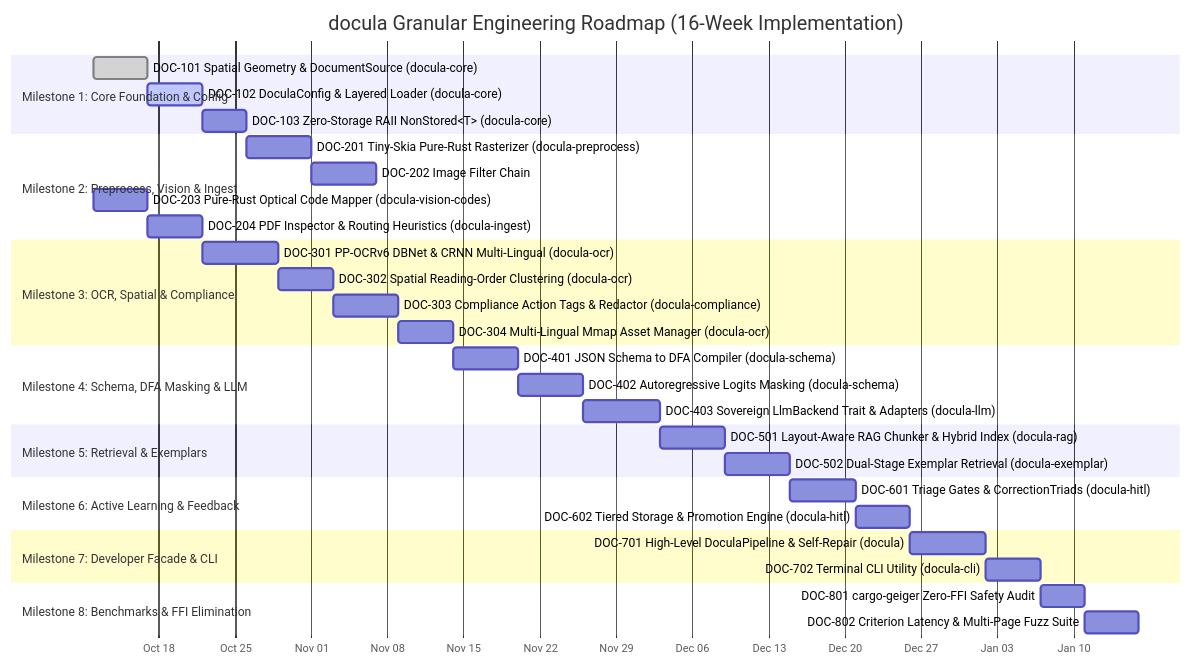
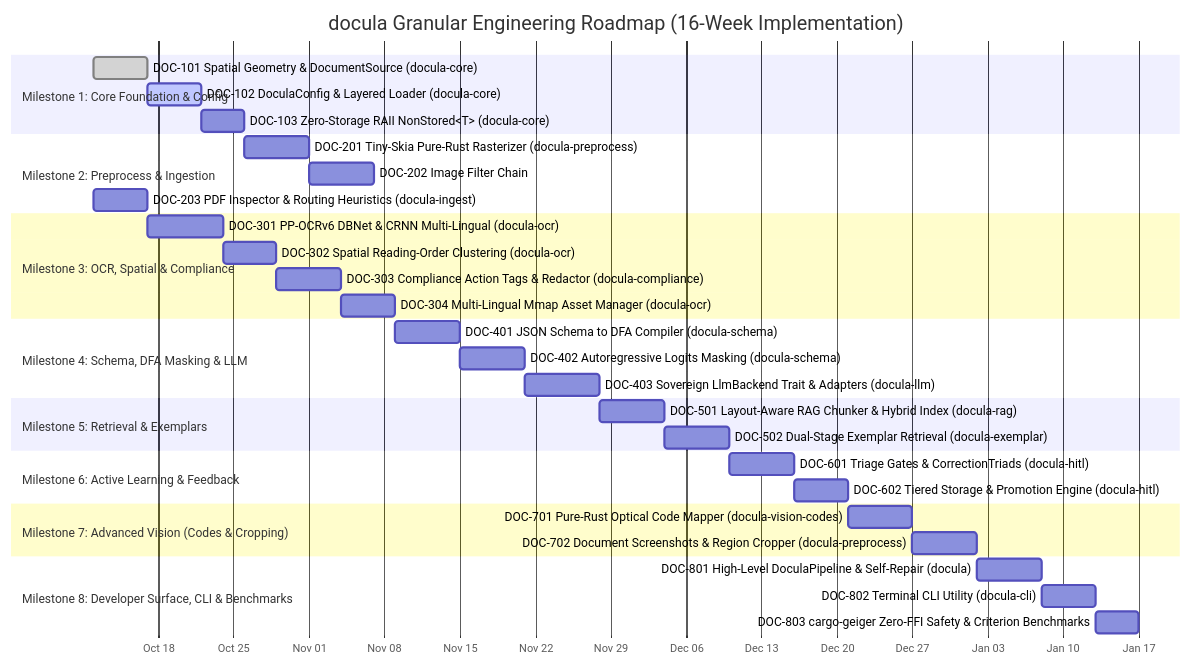
Before and after one commit to yasuomaidana/docula: the diagram in docs/01_DEVELOPMENT_PLAN.md, drawn with Mermaid. The commit also changed other lines of this file and 15 other files, not shown here.

````diff
--- a/docs/01_DEVELOPMENT_PLAN.md
+++ b/docs/01_DEVELOPMENT_PLAN.md
@@ -7,44 +9,44 @@
 ```mermaid
 gantt
     title docula Granular Engineering Roadmap (16-Week Implementation)
     dateFormat  YYYY-MM-DD
     axisFormat %b %d
 
     section Milestone 1: Core Foundation & Config
     DOC-101 Spatial Geometry & DocumentSource (docula-core) :done, m1_1, 2026-10-12, 5d
     DOC-102 DoculaConfig & Layered Loader (docula-core)     :active, m1_2, after m1_1, 5d
     DOC-103 Zero-Storage RAII NonStored<T> (docula-core)   :m1_3, after m1_2, 4d
 
-    section Milestone 2: Preprocess, Vision & Ingest
+    section Milestone 2: Preprocess & Ingestion
     DOC-201 Tiny-Skia Pure-Rust Rasterizer (docula-preprocess) :m2_1, after m1_3, 6d
     DOC-202 Image Filter Chain: Deskew & Binarize              :m2_2, after m2_1, 6d
-    DOC-203 Pure-Rust Optical Code Mapper (docula-vision-codes):m2_3, after m2_2, 5d
-    DOC-204 PDF Inspector & Routing Heuristics (docula-ingest) :m2_4, after m2_3, 5d
+    DOC-203 PDF Inspector & Routing Heuristics (docula-ingest) :m2_3, after m2_2, 5d
 
     section Milestone 3: OCR, Spatial & Compliance
-    DOC-301 PP-OCRv6 DBNet & CRNN Multi-Lingual (docula-ocr)   :m3_1, after m2_4, 7d
+    DOC-301 PP-OCRv6 DBNet & CRNN Multi-Lingual (docula-ocr)   :m3_1, after m2_3, 7d
     DOC-302 Spatial Reading-Order Clustering (docula-ocr)      :m3_2, after m3_1, 5d
     DOC-303 Compliance Action Tags & Redactor (docula-compliance):m3_3, after m3_2, 6d
     DOC-304 Multi-Lingual Mmap Asset Manager (docula-ocr)      :m3_4, after m3_3, 5d
 
     section Milestone 4: Schema, DFA Masking & LLM
     DOC-401 JSON Schema to DFA Compiler (docula-schema)        :m4_1, after m3_4, 6d
     DOC-402 Autoregressive Logits Masking (docula-schema)      :m4_2, after m4_1, 6d
     DOC-403 Sovereign LlmBackend Trait & Adapters (docula-llm) :m4_3, after m4_2, 7d
 
     section Milestone 5: Retrieval & Exemplars
     DOC-501 Layout-Aware RAG Chunker & Hybrid Index (docula-rag):m5_1, after m4_3, 6d
     DOC-502 Dual-Stage Exemplar Retrieval (docula-exemplar)    :m5_2, after m5_1, 6d
 
     section Milestone 6: Active Learning & Feedback
     DOC-601 Triage Gates & CorrectionTriads (docula-hitl)      :m6_1, after m5_2, 6d
     DOC-602 Tiered Storage & Promotion Engine (docula-hitl)    :m6_2, after m6_1, 5d
 
-    section Milestone 7: Developer Facade & CLI
-    DOC-701 High-Level DoculaPipeline & Self-Repair (docula)   :m7_1, after m6_2, 7d
-    DOC-702 Terminal CLI Utility (docula-cli)                  :m7_2, after m7_1, 5d
+    section Milestone 7: Advanced Vision (Codes & Cropping)
+    DOC-701 Pure-Rust Optical Code Mapper (docula-vision-codes):m7_1, after m6_2, 6d
+    DOC-702 Document Screenshots & Region Cropper (docula-preprocess):m7_2, after m7_1, 6d
 
-    section Milestone 8: Benchmarks & FFI Elimination
-    DOC-801 cargo-geiger Zero-FFI Safety Audit                 :m8_1, after m7_2, 4d
-    DOC-802 Criterion Latency & Multi-Page Fuzz Suite          :m8_2, after m8_1, 5d
+    section Milestone 8: Developer Surface, CLI & Benchmarks
+    DOC-801 High-Level DoculaPipeline & Self-Repair (docula)   :m8_1, after m7_2, 6d
+    DOC-802 Terminal CLI Utility (docula-cli)                  :m8_2, after m8_1, 5d
+    DOC-803 cargo-geiger Zero-FFI Safety & Criterion Benchmarks:m8_3, after m8_2, 4d
 ```
````
